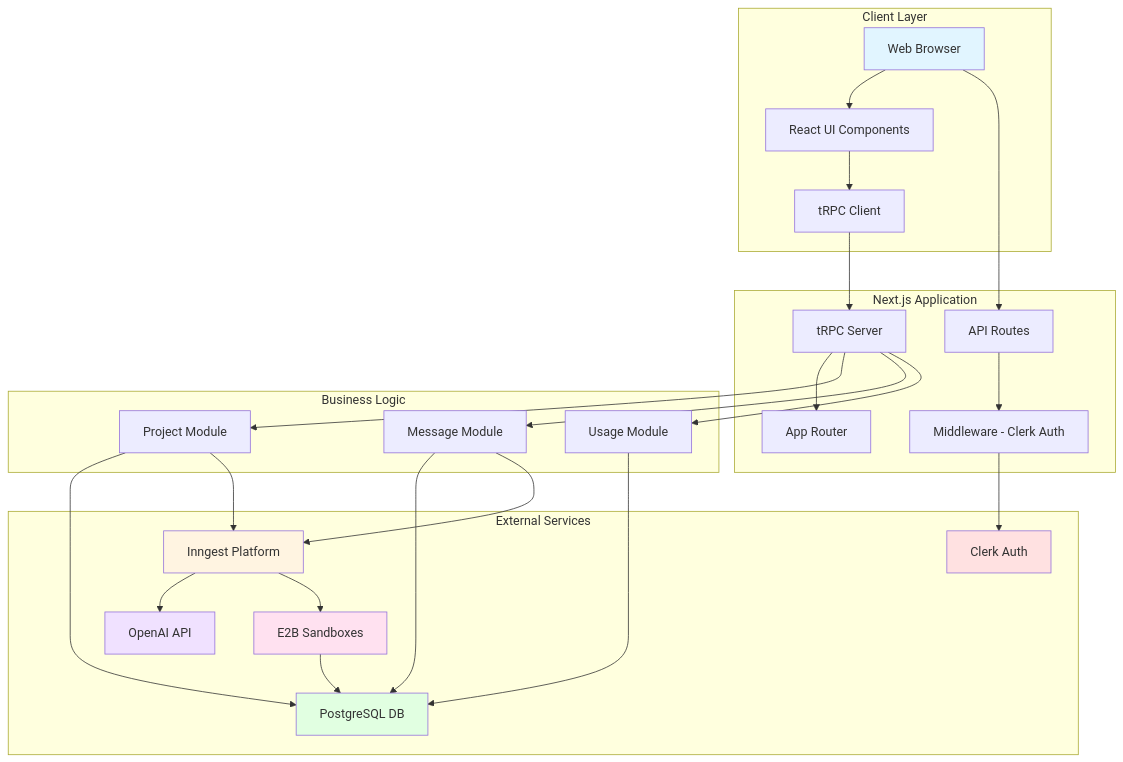
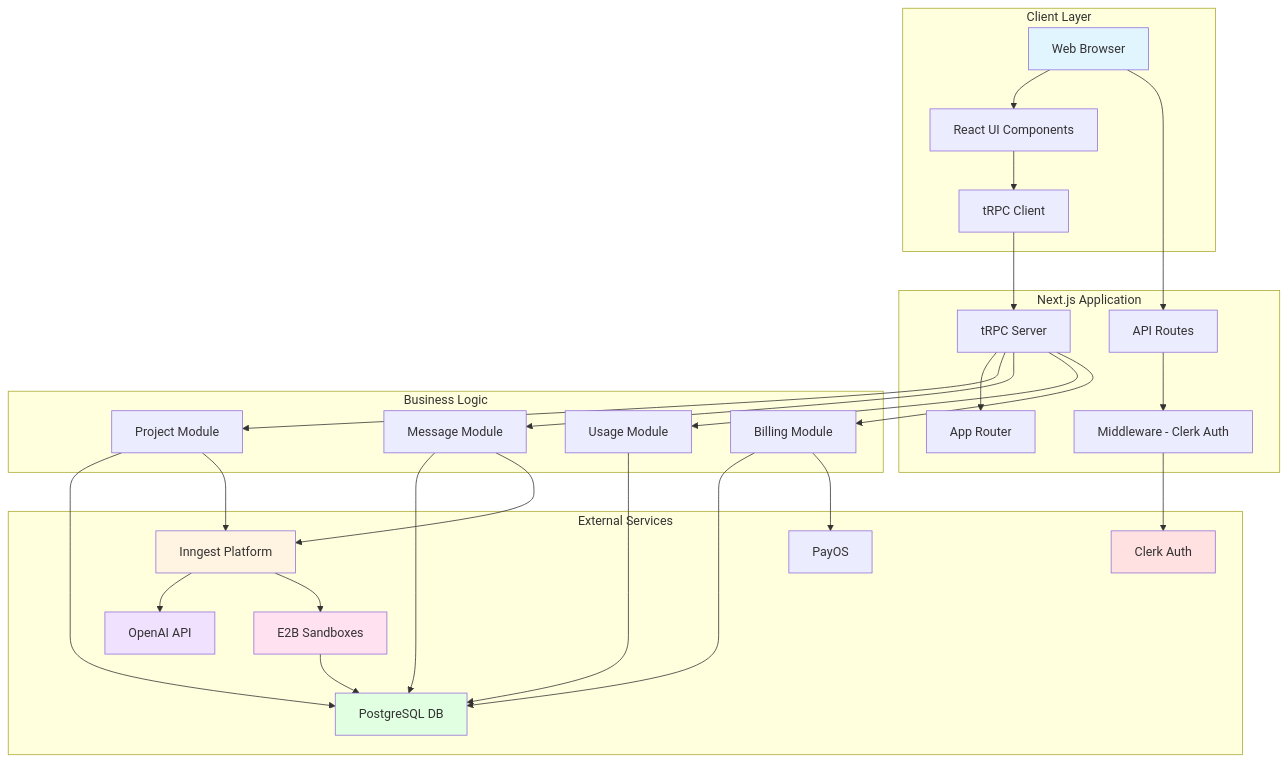
Before and after one commit to trantuanhung1209/u_vibe: the first of 2 diagrams in docs/ARCHITECTURE.md, drawn with Mermaid. The commit also changed other lines of this file and 7 other files, not shown here.

````diff
--- a/docs/ARCHITECTURE.md
+++ b/docs/ARCHITECTURE.md
@@ -5,55 +5,60 @@
 ```mermaid
 graph TB
     subgraph "Client Layer"
         A[Web Browser]
         B[React UI Components]
         C[tRPC Client]
     end
 
     subgraph "Next.js Application"
         D[App Router]
         E[API Routes]
         F[Middleware - Clerk Auth]
         G[tRPC Server]
     end
 
     subgraph "Business Logic"
         H[Project Module]
         I[Message Module]
         J[Usage Module]
+        P[Billing Module]
     end
 
     subgraph "External Services"
         K[Clerk Auth]
         L[PostgreSQL DB]
         M[Inngest Platform]
         N[OpenAI API]
         O[E2B Sandboxes]
+        Q[PayOS]
     end
 
     A --> B
     B --> C
     C --> G
     A --> E
     E --> F
     F --> K
     G --> D
     G --> H
     G --> I
     G --> J
+    G --> P
     H --> L
     I --> L
     J --> L
+    P --> L
+    P --> Q
     I --> M
     H --> M
     M --> N
     M --> O
     O --> L
 
     style A fill:#e1f5ff
     style K fill:#ffe1e1
     style L fill:#e1ffe1
     style M fill:#fff4e1
     style N fill:#f0e1ff
     style O fill:#ffe1f0
 ```
````
